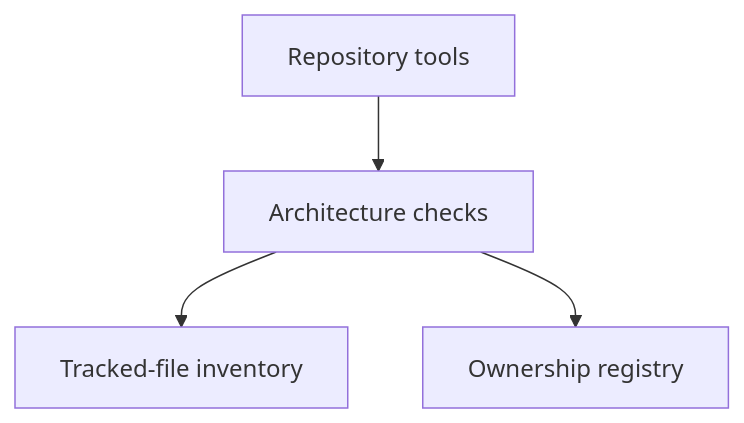
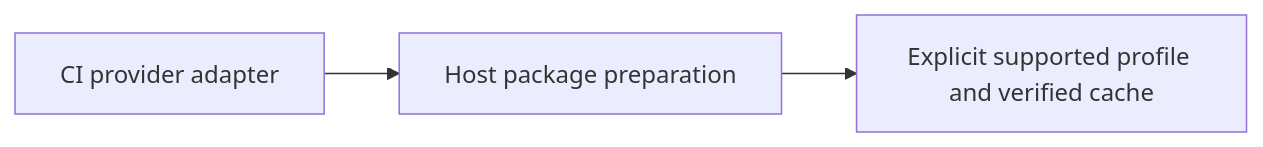
One commit to Vokerlee/wiola-player changed the diagram in tools/README.md. Above: the diagram before and after it, drawn with Mermaid. The commit also changed other lines of this file and 166 other files, not shown here.

Commit message:
scripts: colocate architecture policy and test qualification

````diff
--- a/tools/README.md
+++ b/tools/README.md
@@ -7,6 +7,5 @@
 ```mermaid
-flowchart TD
-  Tools[Repository tools] --> Architecture[Architecture checks]
-  Architecture --> Inventory[Tracked-file inventory]
-  Architecture --> Registry[Ownership registry]
+flowchart LR
+  CI[CI provider adapter] --> Packages[Host package preparation]
+  Packages --> Inputs[Explicit supported profile and verified cache]
 ```
````
